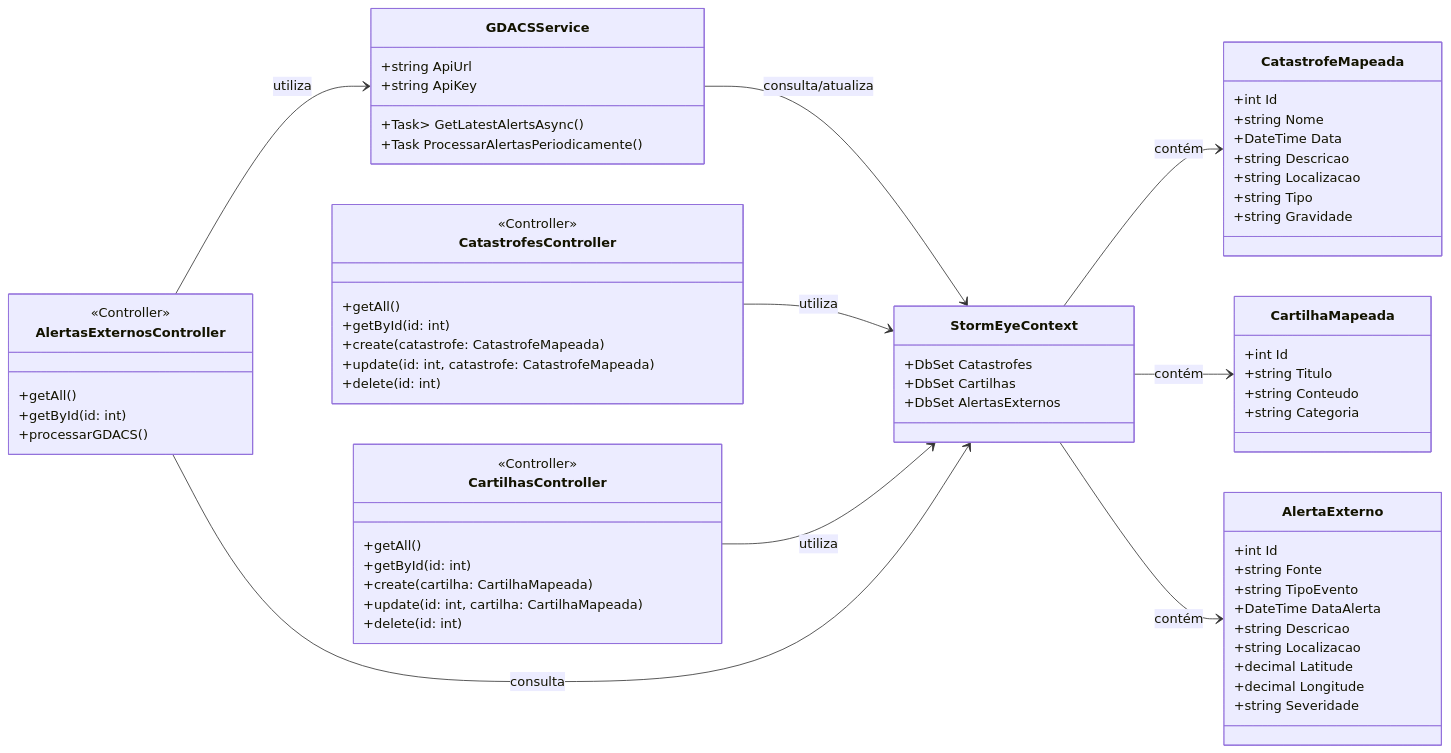
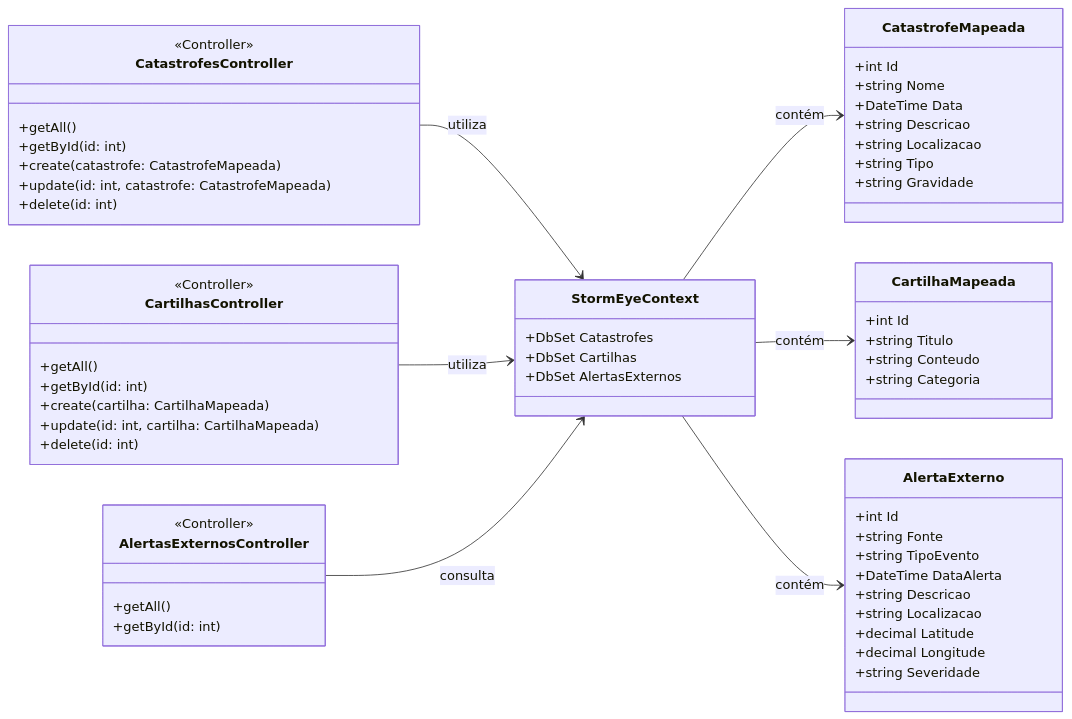
Before and after one commit to AdonayRocha/StormEye: the diagram in README.md, drawn with Mermaid. The commit also changed other lines of this file, not shown here.

````diff
--- a/README.md
+++ b/README.md
@@ -105,81 +101,70 @@
 ```mermaid
 classDiagram
 direction LR
     class CatastrofeMapeada {
         +int Id
         +string Nome
         +DateTime Data
         +string Descricao
         +string Localizacao
         +string Tipo
         +string Gravidade
     }
 
     class CartilhaMapeada {
         +int Id
         +string Titulo
         +string Conteudo
         +string Categoria
     }
 
     class AlertaExterno {
         +int Id
         +string Fonte
         +string TipoEvento
         +DateTime DataAlerta
         +string Descricao
         +string Localizacao
         +decimal Latitude
         +decimal Longitude
         +string Severidade
     }
 
     class StormEyeContext {
         +DbSet<CatastrofeMapeada> Catastrofes
         +DbSet<CartilhaMapeada> Cartilhas
         +DbSet<AlertaExterno> AlertasExternos
     }
 
-    class GDACSService {
-        +string ApiUrl
-        +string ApiKey
-        +Task<IEnumerable<AlertaExterno>> GetLatestAlertsAsync()
-        +Task ProcessarAlertasPeriodicamente()
-    }
-
     class CatastrofesController {
         <<Controller>>
         +getAll()
         +getById(id: int)
         +create(catastrofe: CatastrofeMapeada)
         +update(id: int, catastrofe: CatastrofeMapeada)
         +delete(id: int)
     }
 
     class CartilhasController {
         <<Controller>>
         +getAll()
         +getById(id: int)
         +create(cartilha: CartilhaMapeada)
         +update(id: int, cartilha: CartilhaMapeada)
         +delete(id: int)
     }
 
     class AlertasExternosController {
         <<Controller>>
         +getAll()
         +getById(id: int)
-        +processarGDACS()
     }
 
     StormEyeContext --> CatastrofeMapeada : contém
     StormEyeContext --> CartilhaMapeada : contém
     StormEyeContext --> AlertaExterno : contém
 
-    GDACSService --> StormEyeContext : consulta/atualiza
-
     CatastrofesController --> StormEyeContext : utiliza
     CartilhasController --> StormEyeContext : utiliza
-    AlertasExternosController --> GDACSService : utiliza
     AlertasExternosController --> StormEyeContext : consulta
 ```
````
